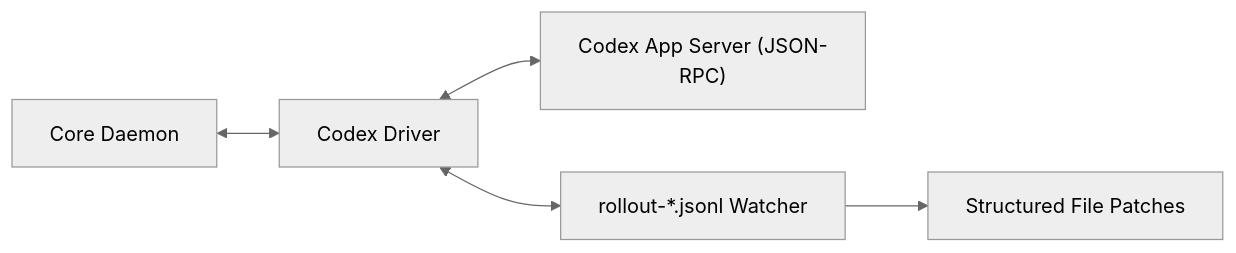
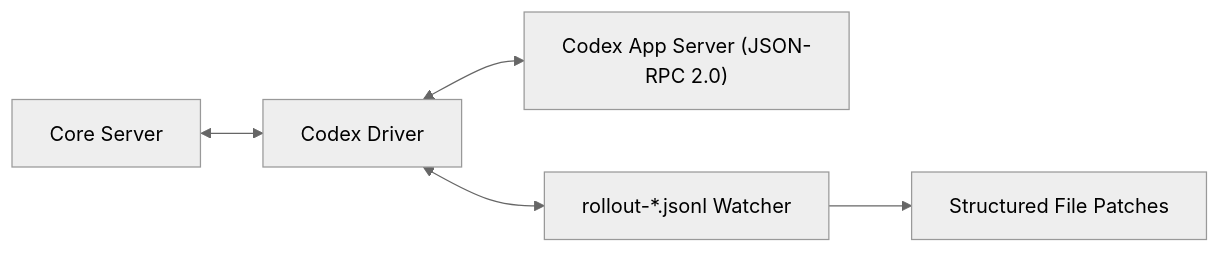
One commit to morewebs/OpenRemote changed the fifth of 6 diagrams in docs/spec/03_AGENT_DRIVERS_SPEC.md. Above: the diagram before and after it, drawn with Mermaid (neutral theme). The commit also changed other lines of this file and 12 other files, not shown here.

````diff
--- a/docs/spec/03_AGENT_DRIVERS_SPEC.md
+++ b/docs/spec/03_AGENT_DRIVERS_SPEC.md
@@ -113,7 +162,7 @@
 ```mermaid
 graph LR
-    Daemon[Core Daemon] <--> Driver[Codex Driver]
-    Driver <--> AppServer["Codex App Server (JSON-RPC)"]
+    Daemon[Core Server] <--> Driver[Codex Driver]
+    Driver <--> AppServer["Codex App Server (JSON-RPC 2.0)"]
     Driver <--> LogWatcher["rollout-*.jsonl Watcher"]
     LogWatcher --> Patches[Structured File Patches]
 ```
````
